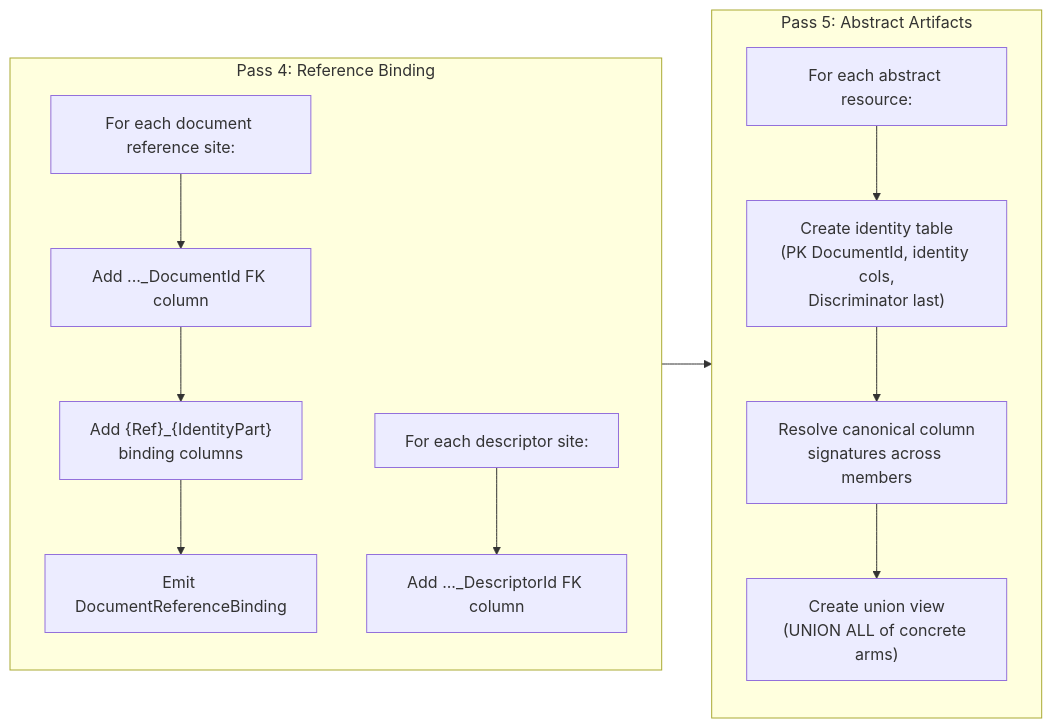
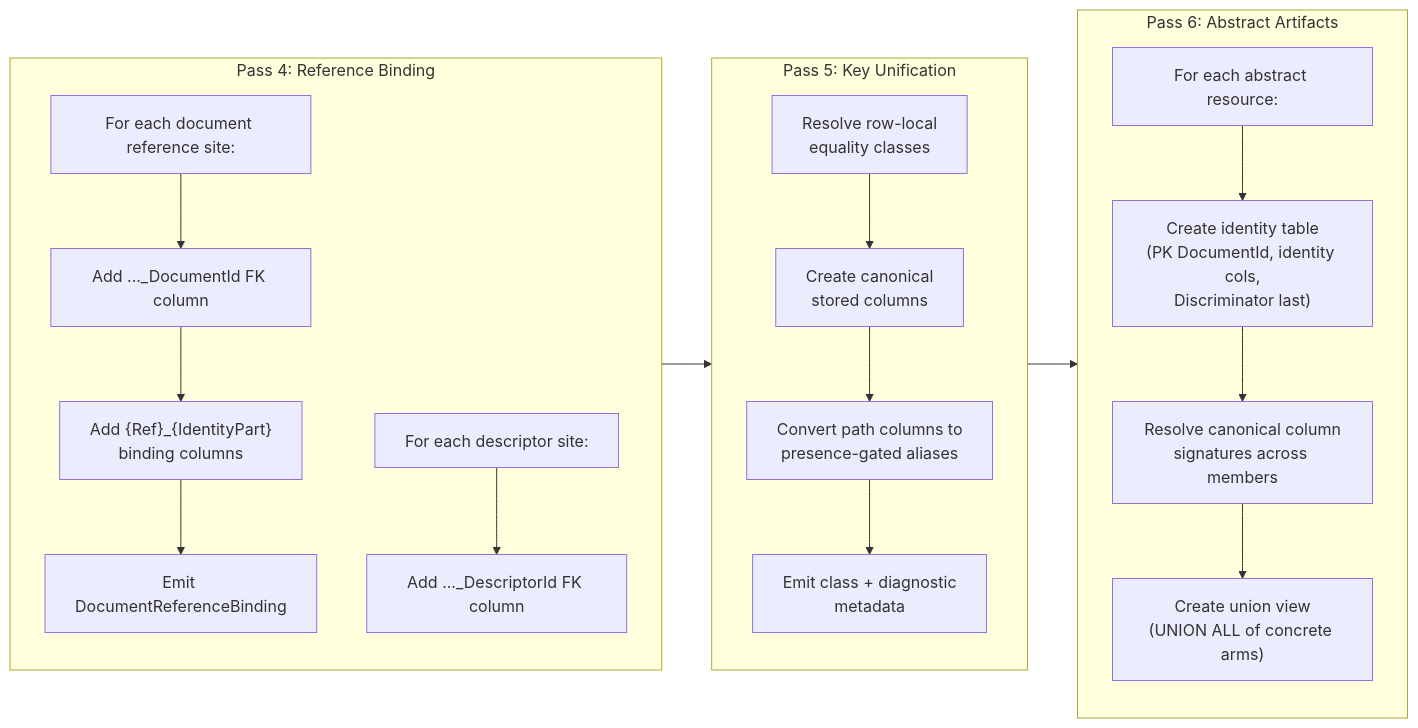
One commit to Ed-Fi-Alliance-OSS/Data-Management-Service changed diagram 13 of 16 in reference/design/backend-redesign/presentations/relational-model-presentation.md. Above: the diagram before and after it, drawn with Mermaid. The commit also changed other lines of this file and 18 other files, not shown here.

````diff
--- a/reference/design/backend-redesign/presentations/relational-model-presentation.md
+++ b/reference/design/backend-redesign/presentations/relational-model-presentation.md
@@ -571,25 +638,34 @@
 ```mermaid
 flowchart LR
     subgraph P4["Pass 4: Reference Binding"]
         direction TB
         P4A["For each document reference site:"]
         P4B["Add ..._DocumentId FK column"]
         P4C["Add {Ref}_{IdentityPart}<br/>binding columns"]
         P4D["Emit DocumentReferenceBinding"]
         P4E["For each descriptor site:"]
         P4F["Add ..._DescriptorId FK column"]
         P4A --> P4B --> P4C --> P4D
         P4E --> P4F
     end
 
-    subgraph P5["Pass 5: Abstract Artifacts"]
+    subgraph P5["Pass 5: Key Unification"]
         direction TB
-        P5A["For each abstract resource:"]
-        P5B["Create identity table<br/>(PK DocumentId, identity cols,<br/>Discriminator last)"]
-        P5C["Resolve canonical column<br/>signatures across members"]
-        P5D["Create union view<br/>(UNION ALL of concrete arms)"]
+        P5A["Resolve row-local<br/>equality classes"]
+        P5B["Create canonical<br/>stored columns"]
+        P5C["Convert path columns to<br/>presence-gated aliases"]
+        P5D["Emit class + diagnostic<br/>metadata"]
         P5A --> P5B --> P5C --> P5D
     end
 
-    P4 --> P5
+    subgraph P6["Pass 6: Abstract Artifacts"]
+        direction TB
+        P6A["For each abstract resource:"]
+        P6B["Create identity table<br/>(PK DocumentId, identity cols,<br/>Discriminator last)"]
+        P6C["Resolve canonical column<br/>signatures across members"]
+        P6D["Create union view<br/>(UNION ALL of concrete arms)"]
+        P6A --> P6B --> P6C --> P6D
+    end
+
+    P4 --> P5 --> P6
 ```
````
